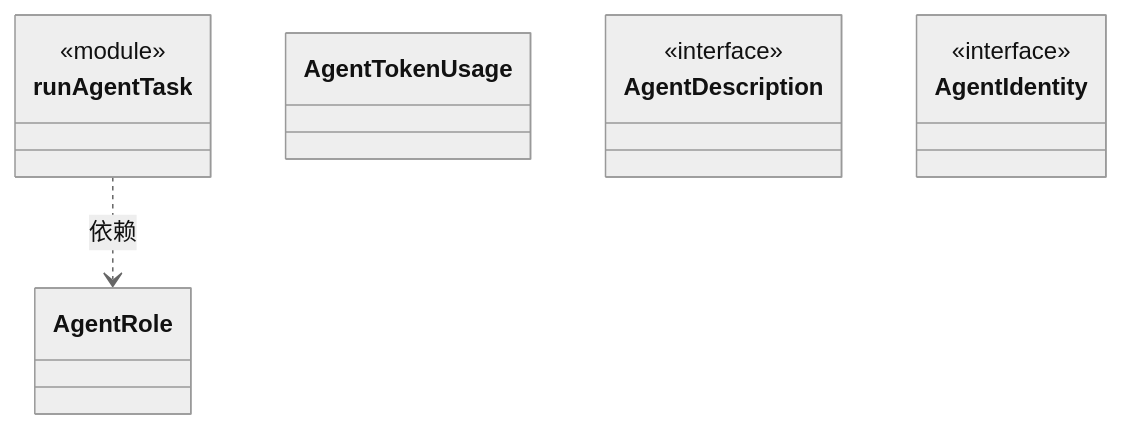
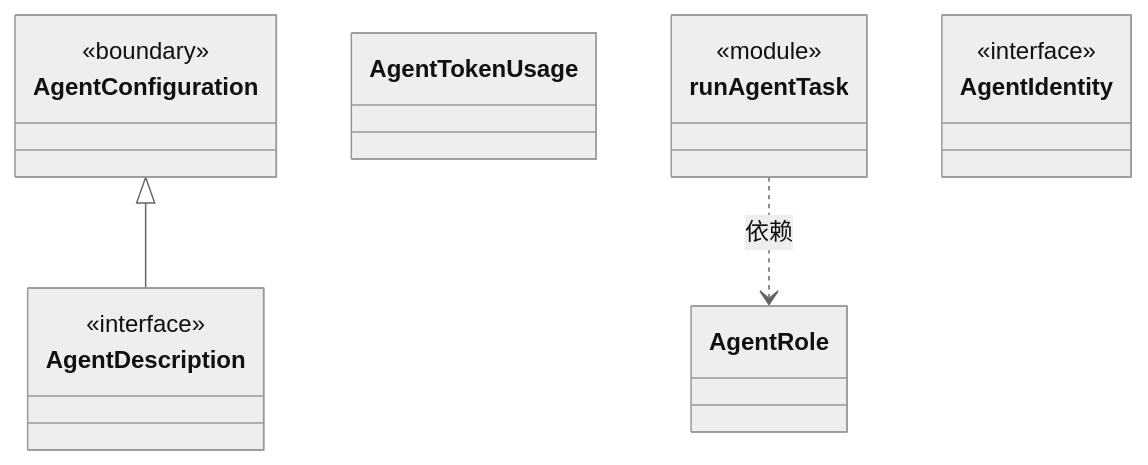
Before and after one commit to nan023062/cbim: the diagram in src/framework/cability/agent/ARCHITECTURE.md, drawn with Mermaid (neutral theme). The commit also changed other lines of this file and 24 other files, not shown here.

First line of the commit message:
chore: repair test ownership and architecture documentation

````diff
--- a/src/framework/cability/agent/ARCHITECTURE.md
+++ b/src/framework/cability/agent/ARCHITECTURE.md
@@ -24,20 +24,25 @@
 ```mermaid
 classDiagram
-class N_d85f1da60707["AgentRole"]
-click N_d85f1da60707 href "agent.ts"
+class N_842188750e9e["AgentConfiguration"] {
+  <<boundary>>
+}
+click N_842188750e9e href "../team.ts"
+class N_70ecbc34f9e1["AgentDescription"] {
+  <<interface>>
+}
+click N_70ecbc34f9e1 href "description.ts"
+class N_bd819b1dcf67["AgentTokenUsage"]
+click N_bd819b1dcf67 href "token-usage.ts"
 class N_83c6f7d14280["runAgentTask"] {
   <<module>>
 }
 click N_83c6f7d14280 href "execution.ts"
-class N_bd819b1dcf67["AgentTokenUsage"]
-click N_bd819b1dcf67 href "token-usage.ts"
-class N_70ecbc34f9e1["AgentDescription"] {
-  <<interface>>
-}
-click N_70ecbc34f9e1 href "description.ts"
+class N_d85f1da60707["AgentRole"]
+click N_d85f1da60707 href "agent.ts"
 class N_edb568872b8c["AgentIdentity"] {
   <<interface>>
 }
 click N_edb568872b8c href "identity.ts"
 N_83c6f7d14280 ..> N_d85f1da60707 : 依赖
+N_842188750e9e <|-- N_70ecbc34f9e1
 ```
````
